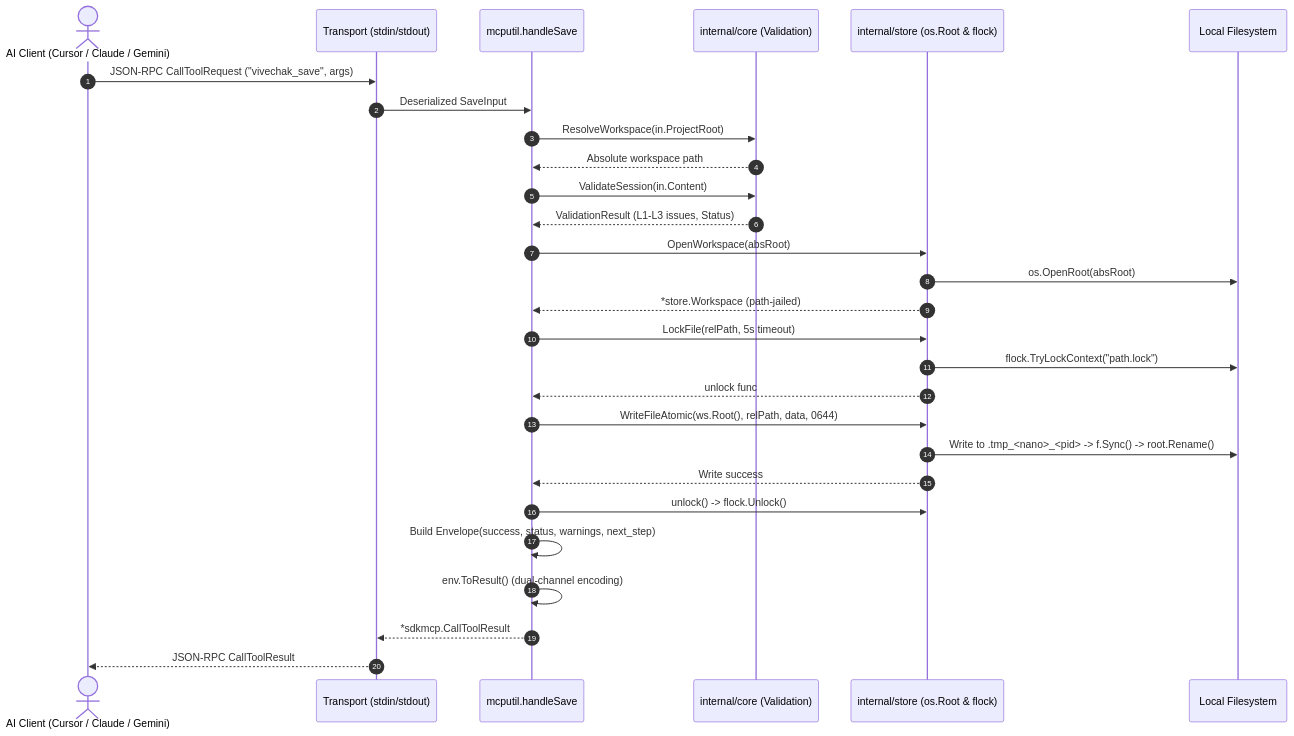
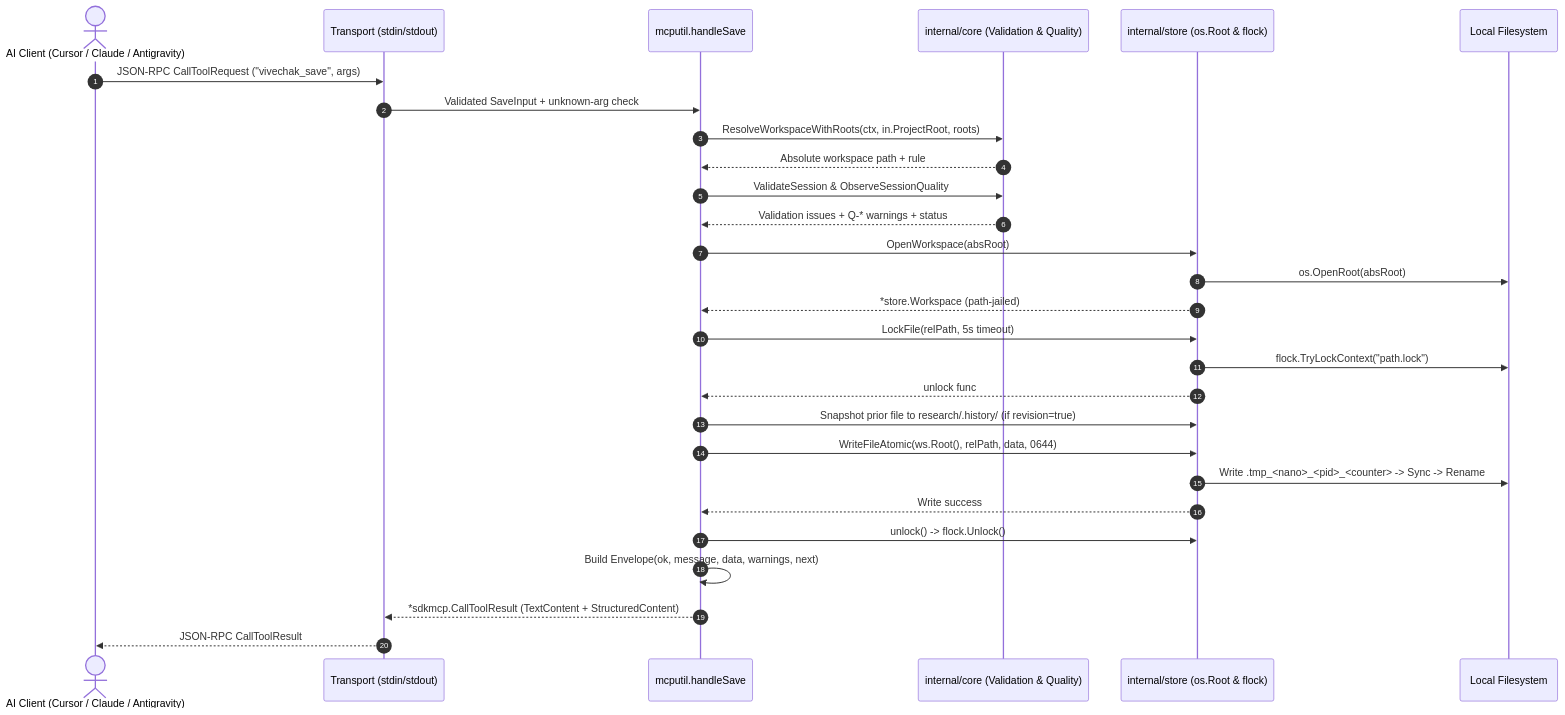
One commit to bhaskarjha-dev/vivechak changed the second of 2 diagrams in docs/ARCHITECTURE.md. Above: the diagram before and after it, drawn with Mermaid. The commit also changed other lines of this file and 29 other files, not shown here.

````diff
--- a/docs/ARCHITECTURE.md
+++ b/docs/ARCHITECTURE.md
@@ -188,31 +207,31 @@
 ```mermaid
 sequenceDiagram
     autonumber
-    actor Host as AI Client (Cursor / Claude / Gemini)
+    actor Host as AI Client (Cursor / Claude / Antigravity)
     participant Stdio as Transport (stdin/stdout)
     participant Handler as mcputil.handleSave
-    participant Core as internal/core (Validation)
+    participant Core as internal/core (Validation & Quality)
     participant Store as internal/store (os.Root & flock)
     participant FS as Local Filesystem
 
     Host->>Stdio: JSON-RPC CallToolRequest ("vivechak_save", args)
-    Stdio->>Handler: Deserialized SaveInput
-    Handler->>Core: ResolveWorkspace(in.ProjectRoot)
-    Core-->>Handler: Absolute workspace path
-    Handler->>Core: ValidateSession(in.Content)
-    Core-->>Handler: ValidationResult (L1-L3 issues, Status)
+    Stdio->>Handler: Validated SaveInput + unknown-arg check
+    Handler->>Core: ResolveWorkspaceWithRoots(ctx, in.ProjectRoot, roots)
+    Core-->>Handler: Absolute workspace path + rule
+    Handler->>Core: ValidateSession & ObserveSessionQuality
+    Core-->>Handler: Validation issues + Q-* warnings + status
     Handler->>Store: OpenWorkspace(absRoot)
     Store->>FS: os.OpenRoot(absRoot)
     Store-->>Handler: *store.Workspace (path-jailed)
     Handler->>Store: LockFile(relPath, 5s timeout)
     Store->>FS: flock.TryLockContext("path.lock")
     Store-->>Handler: unlock func
+    Handler->>Store: Snapshot prior file to research/.history/ (if revision=true)
     Handler->>Store: WriteFileAtomic(ws.Root(), relPath, data, 0644)
-    Store->>FS: Write to .tmp_<nano>_<pid> -> f.Sync() -> root.Rename()
+    Store->>FS: Write .tmp_<nano>_<pid>_<counter> -> Sync -> Rename
     Store-->>Handler: Write success
     Handler->>Store: unlock() -> flock.Unlock()
-    Handler->>Handler: Build Envelope(success, status, warnings, next_step)
-    Handler->>Handler: env.ToResult() (dual-channel encoding)
-    Handler-->>Stdio: *sdkmcp.CallToolResult
+    Handler->>Handler: Build Envelope(ok, message, data, warnings, next)
+    Handler-->>Stdio: *sdkmcp.CallToolResult (TextContent + StructuredContent)
     Stdio-->>Host: JSON-RPC CallToolResult
 ```
````
